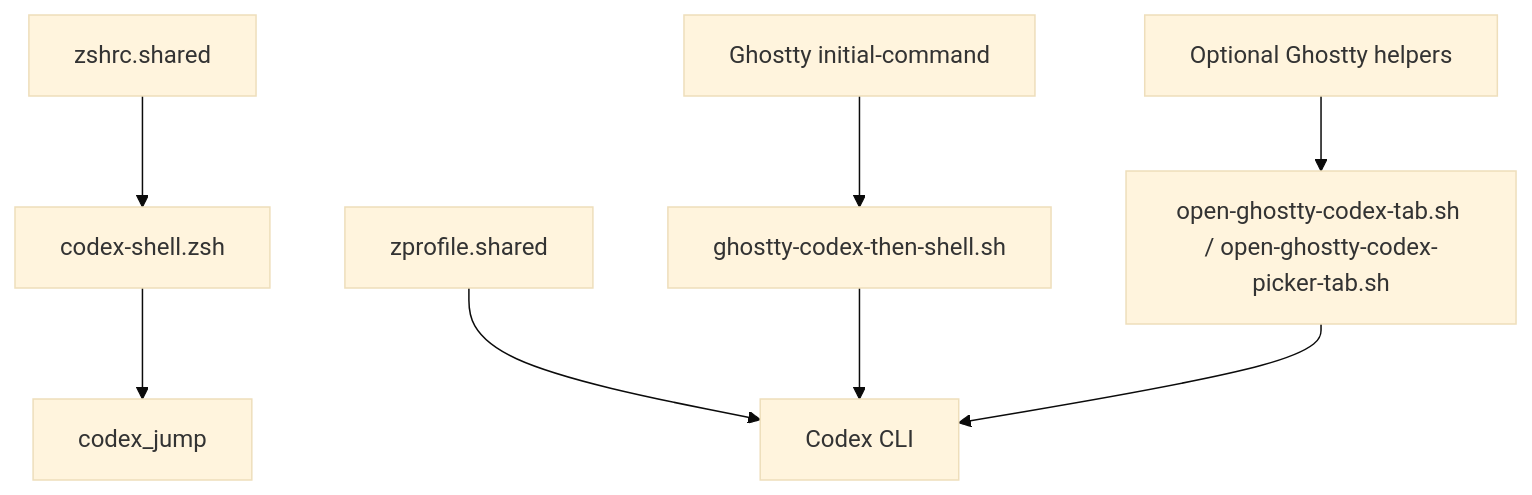
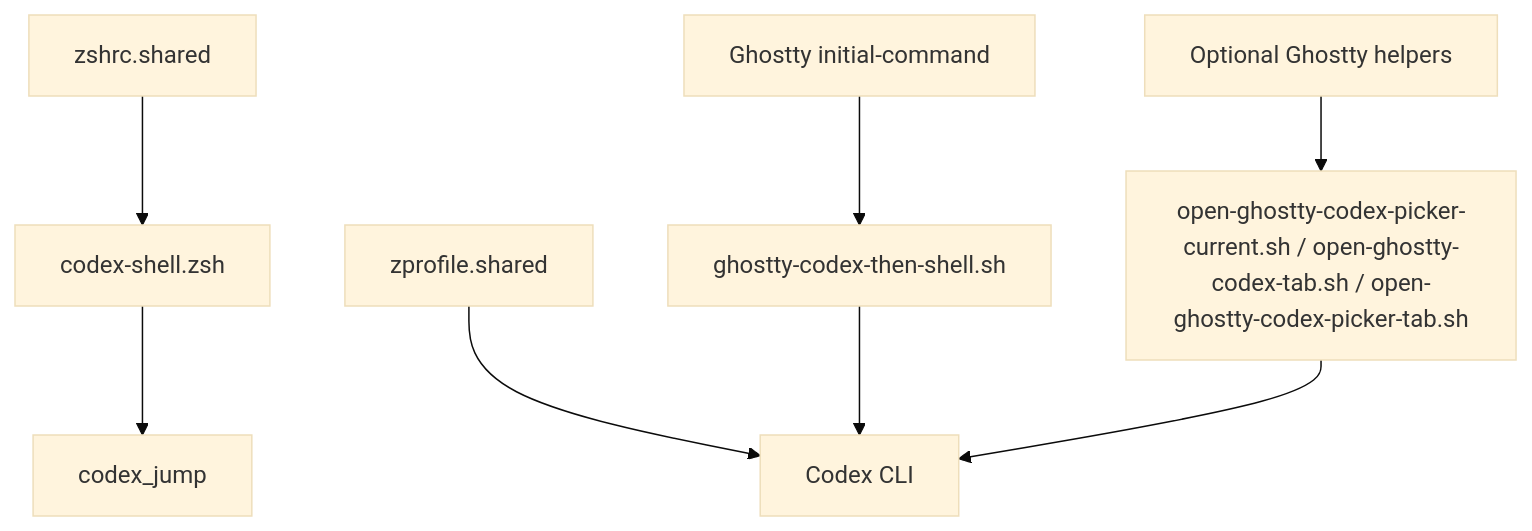
The third of 5 diagrams in docs/architecture/codex-control-plane-script-flows.md (wisdom-in-a-nutshell/.agents), drawn with Mermaid (base theme) before and after one commit. The commit also changed 4 other files, not shown here.

````diff
--- a/docs/architecture/codex-control-plane-script-flows.md
+++ b/docs/architecture/codex-control-plane-script-flows.md
@@ -79,10 +79,10 @@
 ```mermaid
 flowchart TD
     A[zshrc.shared] --> B[codex-shell.zsh]
     A2[zprofile.shared] --> G[Codex CLI]
     C[Ghostty initial-command] --> D[ghostty-codex-then-shell.sh]
     B --> E[codex_jump]
-    H[Optional Ghostty helpers] --> I[open-ghostty-codex-tab.sh / open-ghostty-codex-picker-tab.sh]
+    H[Optional Ghostty helpers] --> I[open-ghostty-codex-picker-current.sh / open-ghostty-codex-tab.sh / open-ghostty-codex-picker-tab.sh]
     D --> G[Codex CLI]
     I --> G
 ```
````
